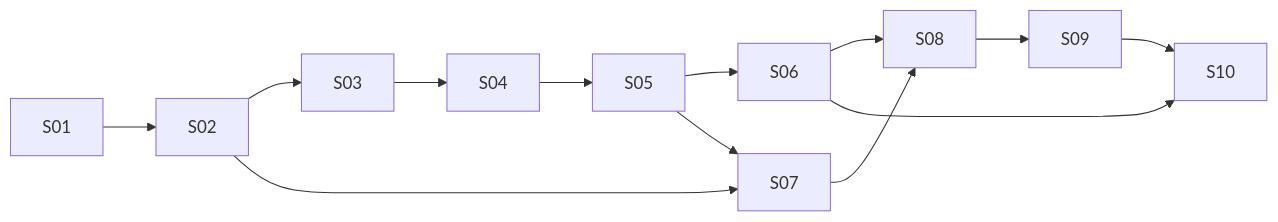
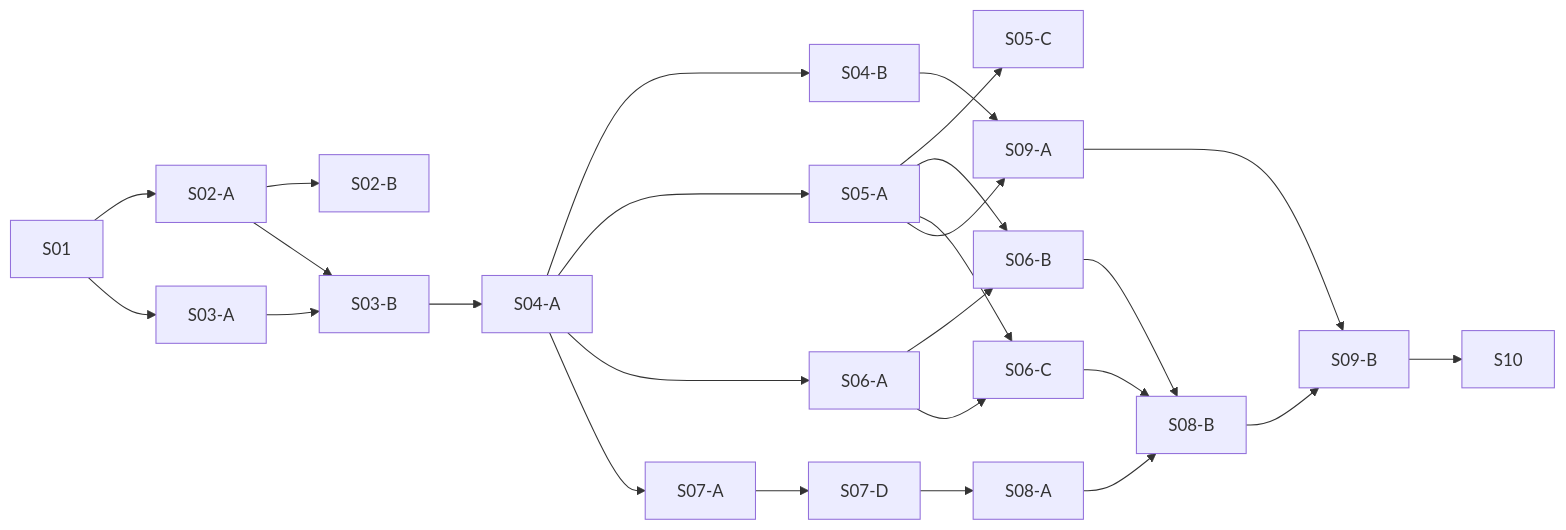
Before and after one commit to Fangziyang0910/LLM4OM: the diagram in docs/implementation-plan.md, drawn with Mermaid. The commit also changed other lines of this file and 51 other files, not shown here.

````diff
--- a/docs/implementation-plan.md
+++ b/docs/implementation-plan.md
@@ -107,9 +124,20 @@
 ```mermaid
 flowchart LR
-    S01 --> S02 --> S03 --> S04 --> S05 --> S06
-    S02 --> S07
-    S05 --> S07
-    S06 --> S08
-    S07 --> S08 --> S09 --> S10
-    S06 --> S10
+    S01 --> S02A[S02-A] --> S02B[S02-B]
+    S01 --> S03A[S03-A] --> S03B[S03-B]
+    S02A --> S03B --> S04A[S04-A] --> S04B[S04-B]
+    S04A --> S05A[S05-A] --> S05C[S05-C]
+    S04A --> S06A[S06-A] --> S06B[S06-B]
+    S05A --> S06B
+    S04A --> S07A[S07-A] --> S07D[S07-D] --> S08A[S08-A]
+    S08A --> S08B[S08-B]
+    S06A --> S06C[S06-C]
+    S05A --> S06C
+    S06C --> S08B
+    S06B --> S08B
+    S04B --> S09A[S09-A]
+    S05A --> S09A
+    S09A --> S09B[S09-B]
+    S08B --> S09B
+    S09B --> S10
 ```
````
